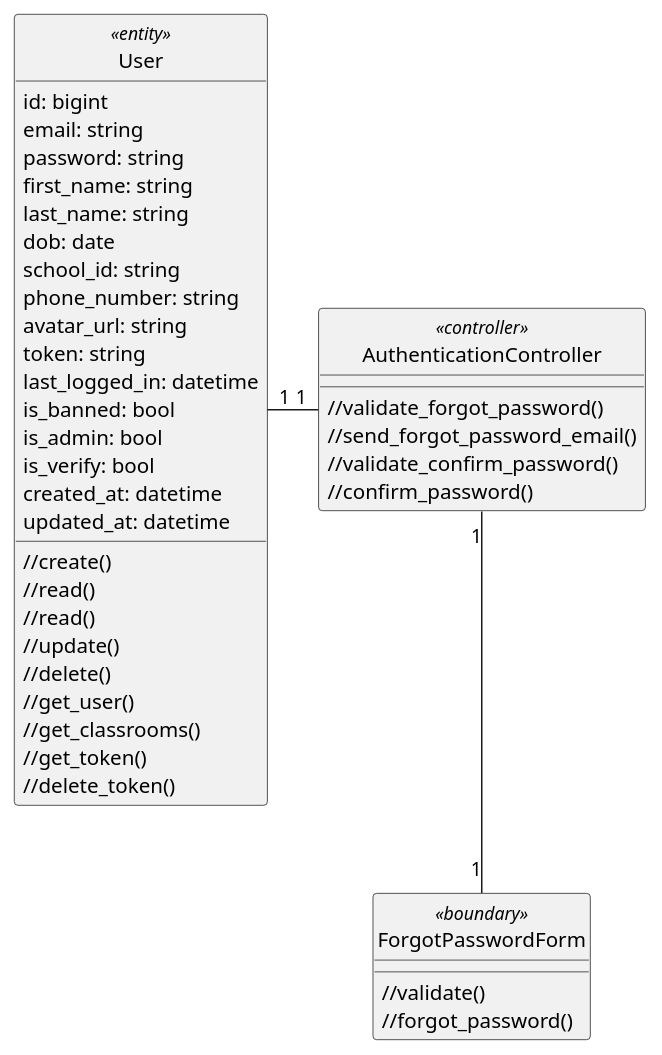
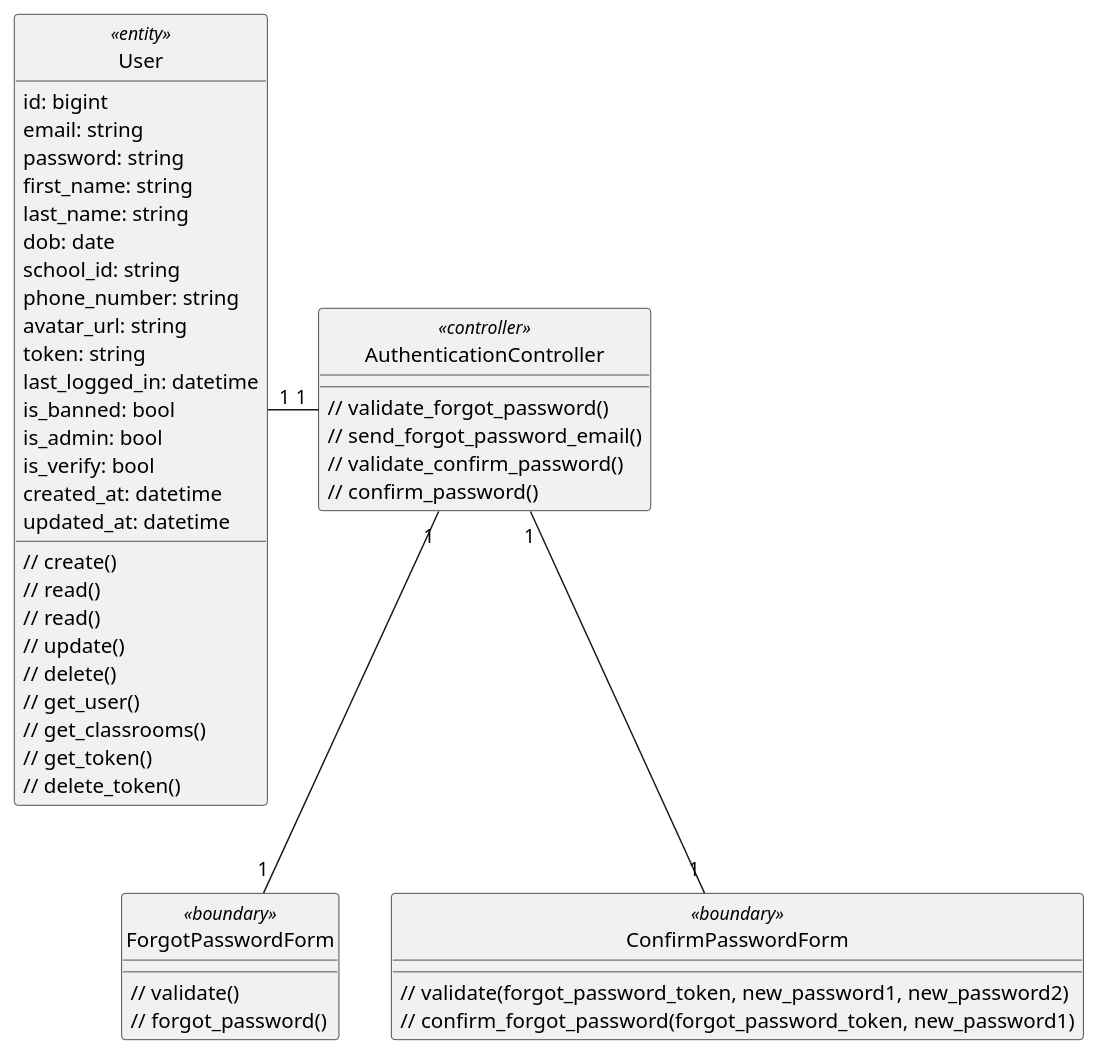
The diagram in class - analysis/authentication/forgotPassword.plantuml (anonyhostvn/OOAD-Diagram), drawn with PlantUML before and after one commit. The commit also changed 9 other files, not shown here.

Commit message:
authentication Class diagram update2

```diff
--- a/class - analysis/authentication/forgotPassword.plantuml
+++ b/class - analysis/authentication/forgotPassword.plantuml
@@ -1,52 +1,58 @@
 @startuml login
 
 class User <<entity>> {
     id: bigint
     email: string
     password: string
     first_name: string
     last_name: string
     dob: date
     school_id: string
     phone_number: string
     avatar_url: string
     token: string
     last_logged_in: datetime
     is_banned: bool
     is_admin: bool
     is_verify: bool
     created_at: datetime
     updated_at: datetime
 
-    //create()
-    //read()
-    //read()
-    //update()
-    //delete()
-    //get_user()
-    //get_classrooms()
-    //get_token()
-    //delete_token()
+    // create()
+    // read()
+    // read()
+    // update()
+    // delete()
+    // get_user()
+    // get_classrooms()
+    // get_token()
+    // delete_token()
 }
 
 class ForgotPasswordForm <<boundary>> {
-    //validate()
-    //forgot_password()
+    // validate()
+    // forgot_password()
 }
 
+class ConfirmPasswordForm <<boundary>> {
+    // validate(forgot_password_token, new_password1, new_password2)
+    // confirm_forgot_password(forgot_password_token, new_password1)
+}
+
+
 class AuthenticationController <<controller>> {
-    //validate_forgot_password()
-    //send_forgot_password_email()
-    //validate_confirm_password()
-    //confirm_password()
+    // validate_forgot_password()
+    // send_forgot_password_email()
+    // validate_confirm_password()
+    // confirm_password()
 }
 
 hide User <<entity>> circle
 hide ForgotPasswordForm <<boundary>> circle
+hide ConfirmPasswordForm <<boundary>> circle
 hide AuthenticationController <<controller>> circle
 
 AuthenticationController "1" -left- "1" User
 AuthenticationController "1" -down- "1" ForgotPasswordForm
-
-
+AuthenticationController "1" -down- "1" ConfirmPasswordForm
 @enduml
```
